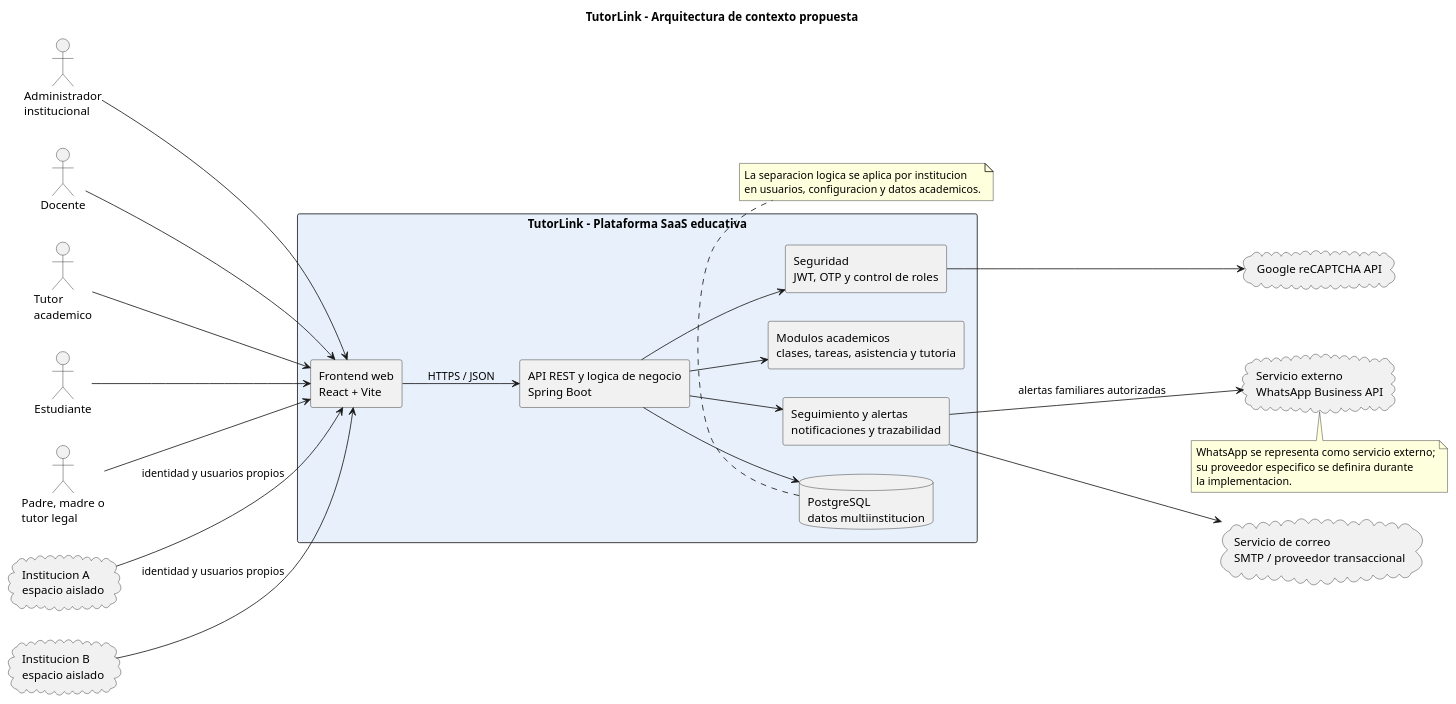
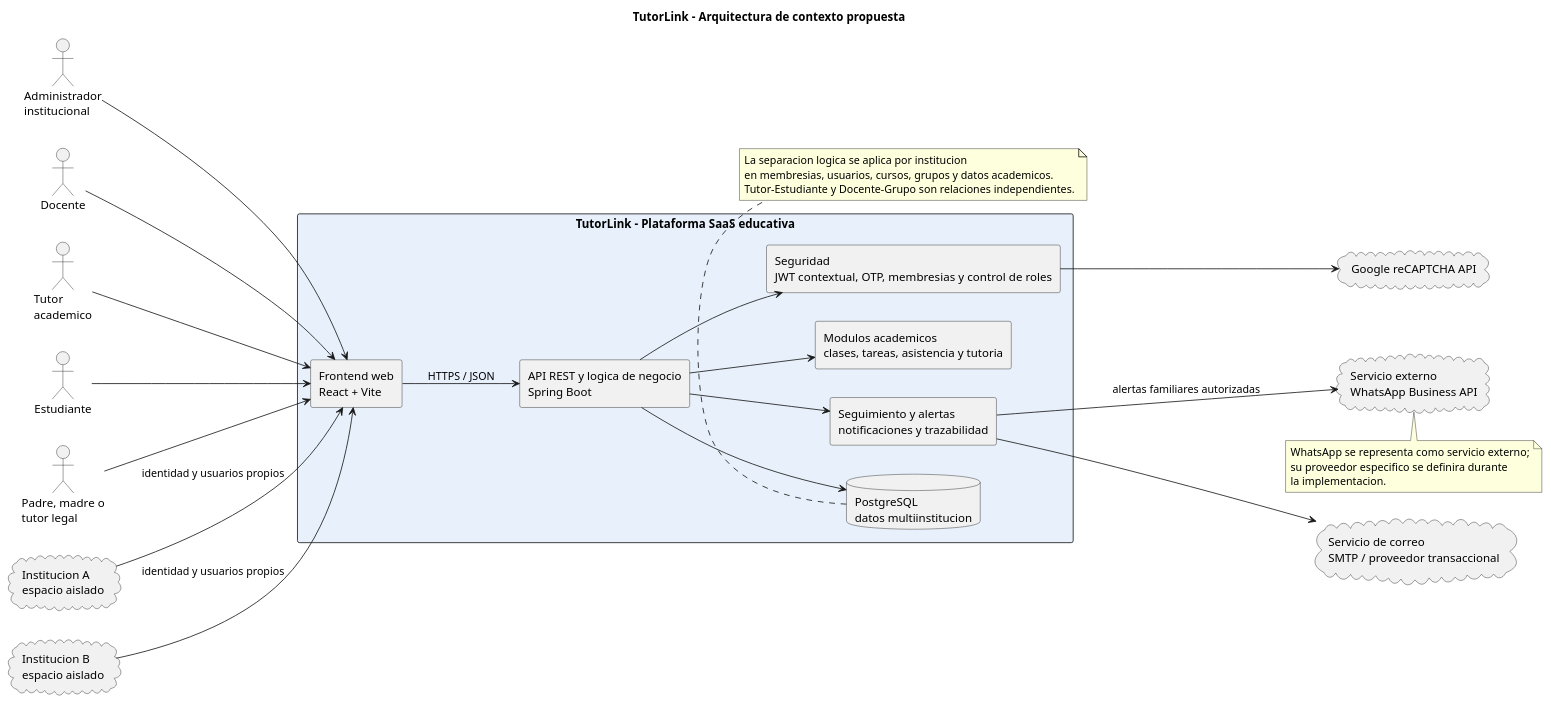
The diagram in diagramas/05_arquitectura-contexto-tutorlink.puml (CristianSinoe/tutorlink-academic), drawn with PlantUML before and after one commit.

Commit message:
docs(architecture): update TutorLink institutional context diagram

```diff
--- a/diagramas/05_arquitectura-contexto-tutorlink.puml
+++ b/diagramas/05_arquitectura-contexto-tutorlink.puml
@@ -1,60 +1,61 @@
 @startuml
 title TutorLink - Arquitectura de contexto propuesta
 
 left to right direction
 skinparam shadowing false
 skinparam componentStyle rectangle
 skinparam packageStyle rectangle
 
 actor "Administrador\ninstitucional" as admin
 actor "Docente" as teacher
 actor "Tutor\nacademico" as tutor
 actor Estudiante
 actor "Padre, madre o\ntutor legal" as guardian
 
 cloud "Institucion A\nespacio aislado" as institution_a
 cloud "Institucion B\nespacio aislado" as institution_b
 
 rectangle "TutorLink - Plataforma SaaS educativa" #E8F1FB {
   component "Frontend web\nReact + Vite" as frontend
   component "API REST y logica de negocio\nSpring Boot" as backend
   database "PostgreSQL\ndatos multiinstitucion" as database
-  component "Seguridad\nJWT, OTP y control de roles" as security
+  component "Seguridad\nJWT contextual, OTP, membresias y control de roles" as security
   component "Modulos academicos\nclases, tareas, asistencia y tutoria" as academic
   component "Seguimiento y alertas\nnotificaciones y trazabilidad" as alerts
 }
 
 cloud "Servicio de correo\nSMTP / proveedor transaccional" as email
 cloud "Servicio externo\nWhatsApp Business API" as whatsapp
 cloud "Google reCAPTCHA API" as recaptcha
 
 admin --> frontend
 teacher --> frontend
 tutor --> frontend
 Estudiante --> frontend
 guardian --> frontend
 
 institution_a --> frontend : identidad y usuarios propios
 institution_b --> frontend : identidad y usuarios propios
 
 frontend --> backend : HTTPS / JSON
 backend --> security
 backend --> academic
 backend --> alerts
 backend --> database
 security --> recaptcha
 alerts --> email
 alerts --> whatsapp : alertas familiares autorizadas
 
 note bottom of database
 La separacion logica se aplica por institucion
-en usuarios, configuracion y datos academicos.
+en membresias, usuarios, cursos, grupos y datos academicos.
+Tutor-Estudiante y Docente-Grupo son relaciones independientes.
 end note
 
 note bottom of whatsapp
 WhatsApp se representa como servicio externo;
 su proveedor especifico se definira durante
 la implementacion.
 end note
 
 @enduml
```
